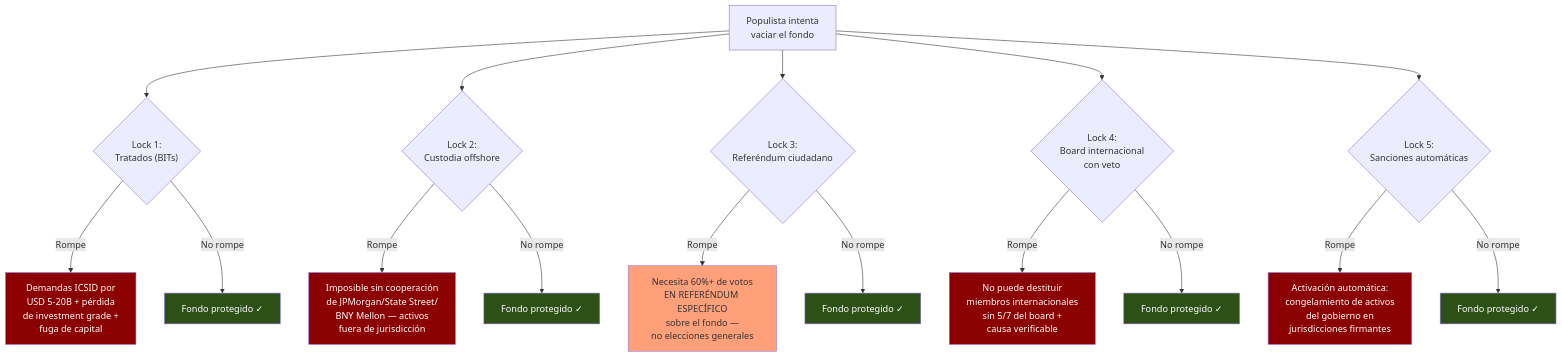
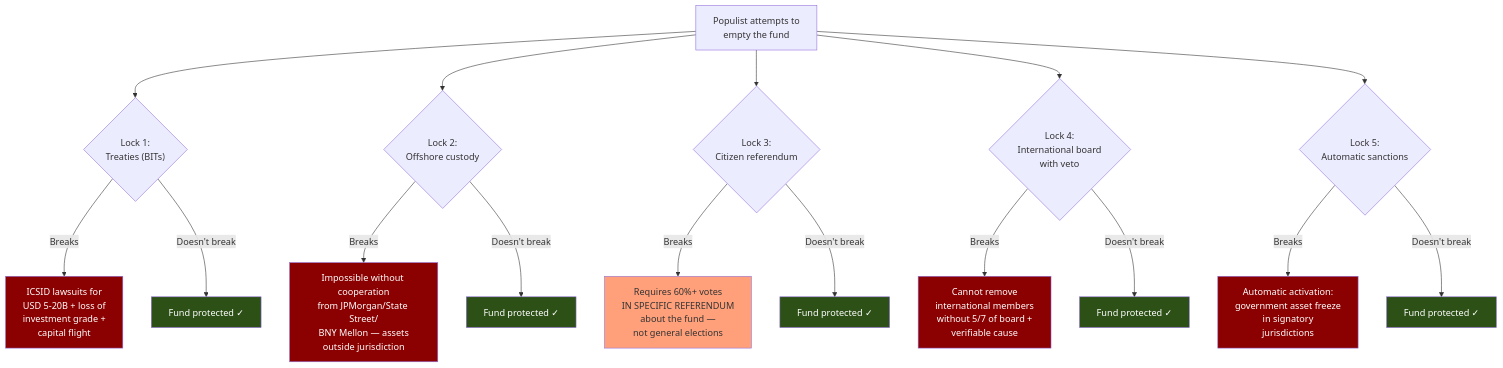
Before and after one commit to Venezuela-S-A/venezuela-sa: the fifth of 5 diagrams in i18n/en/docusaurus-plugin-content-docs/current/02-motor-financiero/fondo-soberano.md, drawn with Mermaid. The commit also changed other lines of this file and 127 other files, not shown here.

````diff
--- a/i18n/en/docusaurus-plugin-content-docs/current/02-motor-financiero/fondo-soberano.md
+++ b/i18n/en/docusaurus-plugin-content-docs/current/02-motor-financiero/fondo-soberano.md
@@ -264,33 +264,33 @@
 ```mermaid
 flowchart TD
-    P["Populista intenta<br/>vaciar el fondo"] --> L1{"Lock 1:<br/>Tratados (BITs)"}
-    L1 -->|Rompe| C1["Demandas ICSID por<br/>USD 5-20B + pérdida<br/>de investment grade +<br/>fuga de capital"]
-    L1 -->|No rompe| S1["Fondo protegido ✓"]
+    P["Populist attempts to<br/>empty the fund"] --> L1{"Lock 1:<br/>Treaties (BITs)"}
+    L1 -->|Breaks| C1["ICSID lawsuits for<br/>USD 5-20B + loss of<br/>investment grade +<br/>capital flight"]
+    L1 -->|Doesn't break| S1["Fund protected ✓"]
 
-    P --> L2{"Lock 2:<br/>Custodia offshore"}
-    L2 -->|Rompe| C2["Imposible sin cooperación<br/>de JPMorgan/State Street/<br/>BNY Mellon — activos<br/>fuera de jurisdicción"]
-    L2 -->|No rompe| S2["Fondo protegido ✓"]
+    P --> L2{"Lock 2:<br/>Offshore custody"}
+    L2 -->|Breaks| C2["Impossible without cooperation<br/>from JPMorgan/State Street/<br/>BNY Mellon — assets<br/>outside jurisdiction"]
+    L2 -->|Doesn't break| S2["Fund protected ✓"]
 
-    P --> L3{"Lock 3:<br/>Referéndum ciudadano"}
-    L3 -->|Rompe| C3["Necesita 60%+ de votos<br/>EN REFERÉNDUM ESPECÍFICO<br/>sobre el fondo —<br/>no elecciones generales"]
-    L3 -->|No rompe| S3["Fondo protegido ✓"]
+    P --> L3{"Lock 3:<br/>Citizen referendum"}
+    L3 -->|Breaks| C3["Requires 60%+ votes<br/>IN SPECIFIC REFERENDUM<br/>about the fund —<br/>not general elections"]
+    L3 -->|Doesn't break| S3["Fund protected ✓"]
 
-    P --> L4{"Lock 4:<br/>Board internacional<br/>con veto"}
-    L4 -->|Rompe| C4["No puede destituir<br/>miembros internacionales<br/>sin 5/7 del board +<br/>causa verificable"]
-    L4 -->|No rompe| S4["Fondo protegido ✓"]
+    P --> L4{"Lock 4:<br/>International board<br/>with veto"}
+    L4 -->|Breaks| C4["Cannot remove<br/>international members<br/>without 5/7 of board +<br/>verifiable cause"]
+    L4 -->|Doesn't break| S4["Fund protected ✓"]
 
-    P --> L5{"Lock 5:<br/>Sanciones automáticas"}
-    L5 -->|Rompe| C5["Activación automática:<br/>congelamiento de activos<br/>del gobierno en<br/>jurisdicciones firmantes"]
-    L5 -->|No rompe| S5["Fondo protegido ✓"]
+    P --> L5{"Lock 5:<br/>Automatic sanctions"}
+    L5 -->|Breaks| C5["Automatic activation:<br/>government asset freeze<br/>in signatory<br/>jurisdictions"]
+    L5 -->|Doesn't break| S5["Fund protected ✓"]
 
     style C1 fill:#8B0000,color:#fff
     style C2 fill:#8B0000,color:#fff
     style C3 fill:#ffa07a
     style C4 fill:#8B0000,color:#fff
     style C5 fill:#8B0000,color:#fff
     style S1 fill:#2d5016,color:#fff
     style S2 fill:#2d5016,color:#fff
     style S3 fill:#2d5016,color:#fff
     style S4 fill:#2d5016,color:#fff
     style S5 fill:#2d5016,color:#fff
 ```
````
